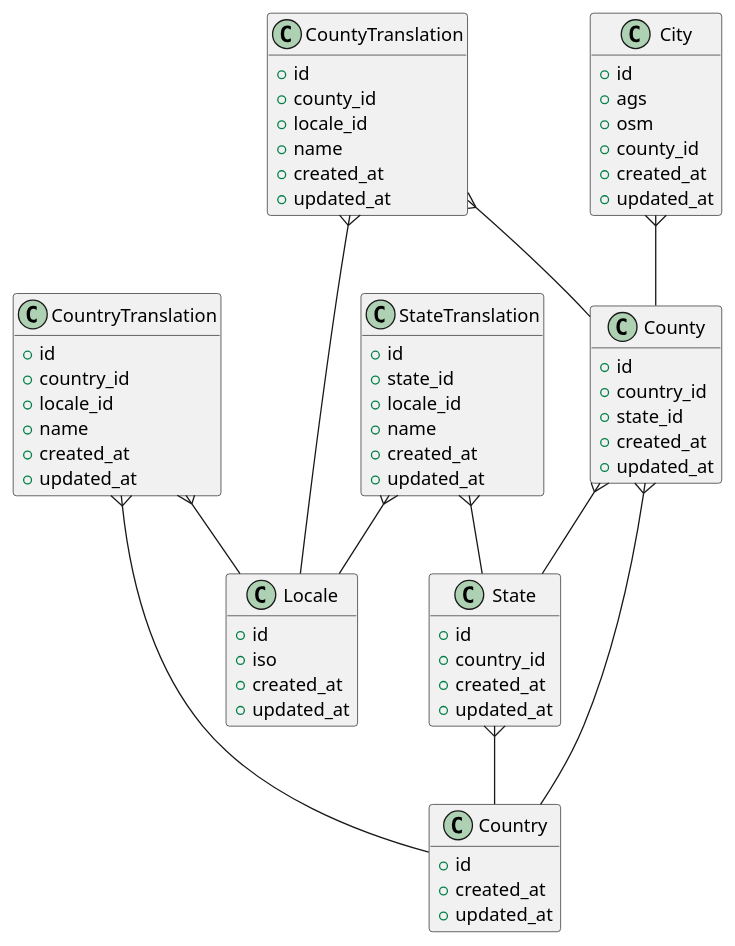
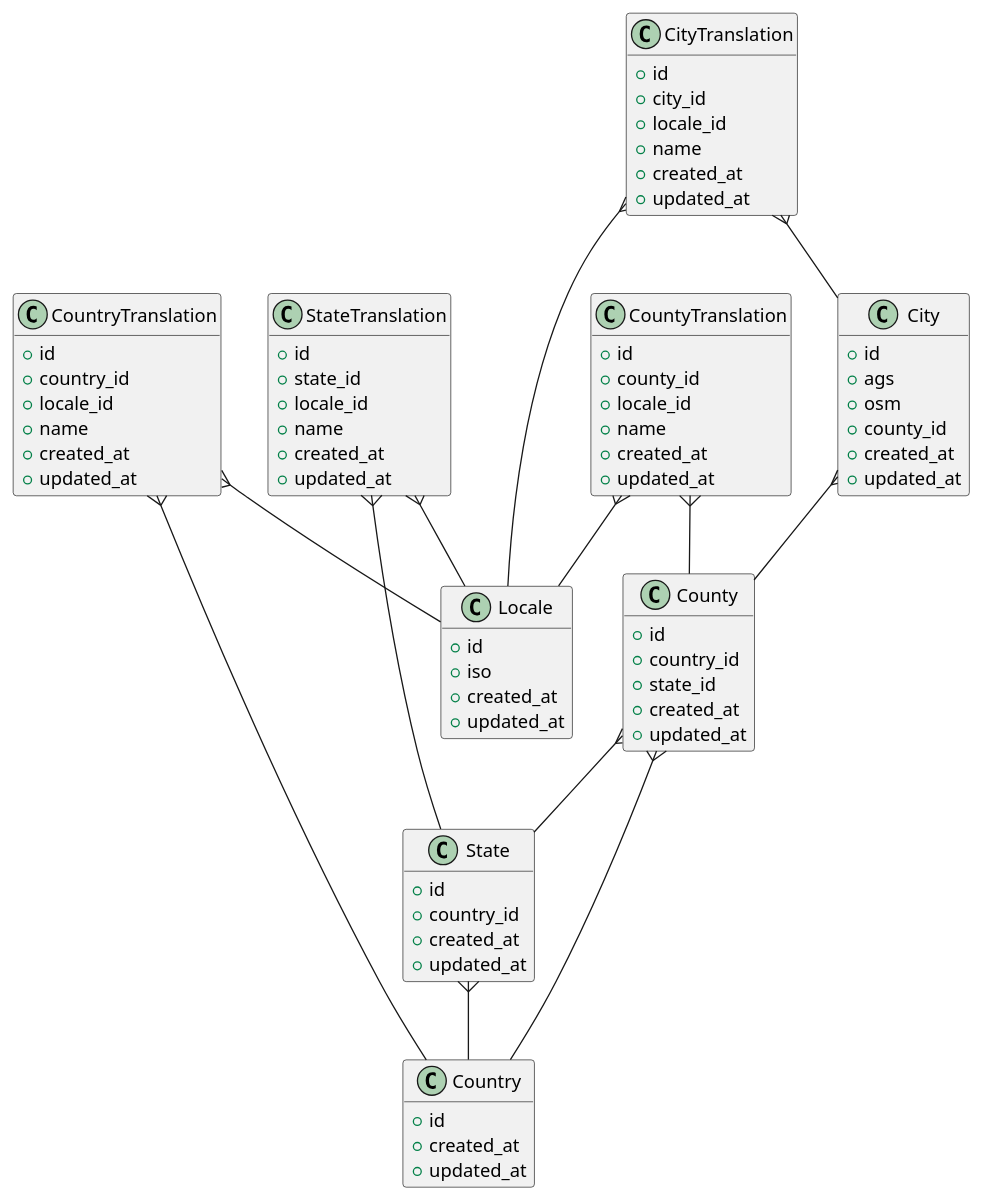
Before and after one commit to Corona-vor-Ort/corona-vor-ort-api: the diagram in docs/db.puml, drawn with PlantUML. The commit also changed 5 other files, not shown here.

First line of the commit message:
Add city translation entity

```diff
--- a/docs/db.puml
+++ b/docs/db.puml
@@ -1,86 +1,98 @@
 @startuml
 
 hide empty fields
 hide empty methods
 
 class Locale {
     + id
     + iso
     + created_at
     + updated_at
 }
 
 class Country {
     + id
     + created_at
     + updated_at
 }
 
 class CountryTranslation {
     + id
     + country_id
     + locale_id
     + name
     + created_at
     + updated_at
 }
 
 CountryTranslation }-- Country
 CountryTranslation }-- Locale
 
 class State {
     + id
     + country_id
     + created_at
     + updated_at
 }
 
 State }-- Country
 
 class StateTranslation {
     + id
     + state_id
     + locale_id
     + name
     + created_at
     + updated_at
 }
 
 StateTranslation }-- State
 StateTranslation }-- Locale
 
 class County {
     + id
     + country_id
     + state_id
     + created_at
     + updated_at
 }
 
 County }-- Country
 County }-- State
 
 class CountyTranslation {
     + id
     + county_id
     + locale_id
     + name
     + created_at
     + updated_at
 }
 
 CountyTranslation }-- County
 CountyTranslation }-- Locale
 
 class City {
     + id
     + ags
     + osm
     + county_id
     + created_at
     + updated_at
 }
 
 City }-- County
 
+class CityTranslation {
+    + id
+    + city_id
+    + locale_id
+    + name
+    + created_at
+    + updated_at
+}
+
+CityTranslation }-- City
+CityTranslation }-- Locale
+
 @enduml
```
